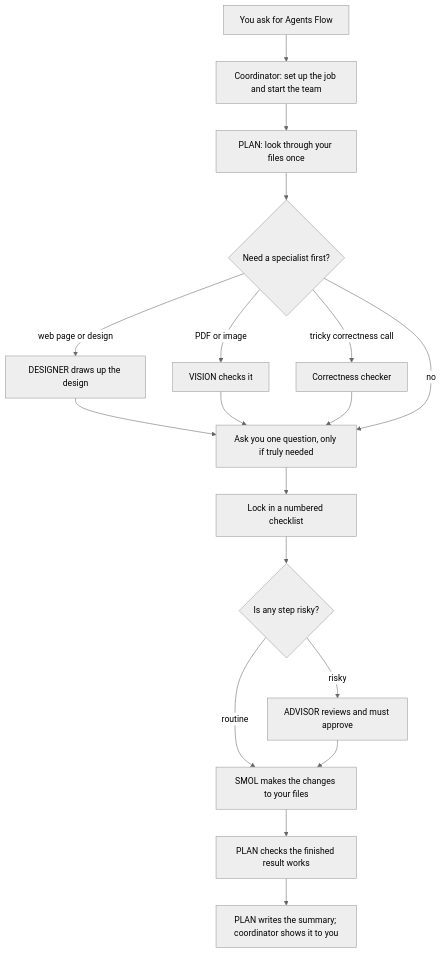
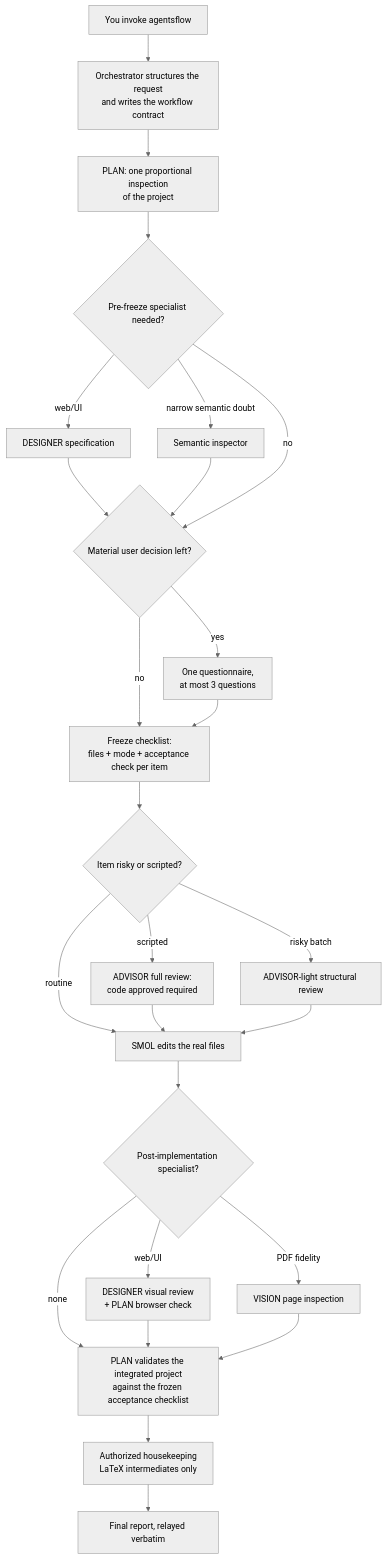
One commit to xzhang17/agentsflow changed the diagram in README.md. Above: the diagram before and after it, drawn with Mermaid (neutral theme). The commit also changed other lines of this file, not shown here.

````diff
--- a/README.md
+++ b/README.md
@@ -68,20 +72,28 @@
 ```mermaid
 flowchart TD
-    U[You ask for Agents Flow] --> O[Coordinator: set up the job and start the team]
-    O --> P[PLAN: look through your files once]
-    P --> S1{Need a specialist first?}
-    S1 -->|web page or design| D[DESIGNER draws up the design]
-    S1 -->|PDF or image| V[VISION checks it]
-    S1 -->|tricky correctness call| I[Correctness checker]
+    U[You invoke agentsflow] --> O[Orchestrator structures the request<br/>and writes the workflow contract]
+    O --> P[PLAN: one proportional inspection<br/>of the project]
+    P --> S{Pre-freeze specialist needed?}
+    S -->|web/UI| D[DESIGNER specification]
+    S -->|narrow semantic doubt| I[Semantic inspector]
     D --> Q
-    V --> Q
     I --> Q
-    S1 -->|no| Q[Ask you one question, only if truly needed]
-    Q --> F[Lock in a numbered checklist]
-    F --> R{Is any step risky?}
-    R -->|risky| A[ADVISOR reviews and must approve]
+    S -->|no| Q{Material user decision left?}
+    Q -->|yes| QQ[One questionnaire,<br/>at most 3 questions]
+    Q -->|no| F
+    QQ --> F[Freeze checklist:<br/>files + mode + acceptance check per item]
+    F --> R{Item risky or scripted?}
+    R -->|scripted| A[ADVISOR full review:<br/>code approved required]
+    R -->|risky batch| AL[ADVISOR-light structural review]
     R -->|routine| SM
-    A --> SM[SMOL makes the changes to your files]
-    SM --> PV[PLAN checks the finished result works]
-    PV --> Rep[PLAN writes the summary; coordinator shows it to you]
+    A --> SM[SMOL edits the real files]
+    AL --> SM
+    SM --> PD{Post-implementation specialist?}
+    PD -->|web/UI| D2[DESIGNER visual review<br/>+ PLAN browser check]
+    PD -->|PDF fidelity| V[VISION page inspection]
+    PD -->|none| PV
+    D2 --> PV
+    V --> PV[PLAN validates the integrated project<br/>against the frozen acceptance checklist]
+    PV --> H[Authorized housekeeping<br/>LaTeX intermediates only]
+    H --> Rep[Final report, relayed verbatim]
 ```
````
